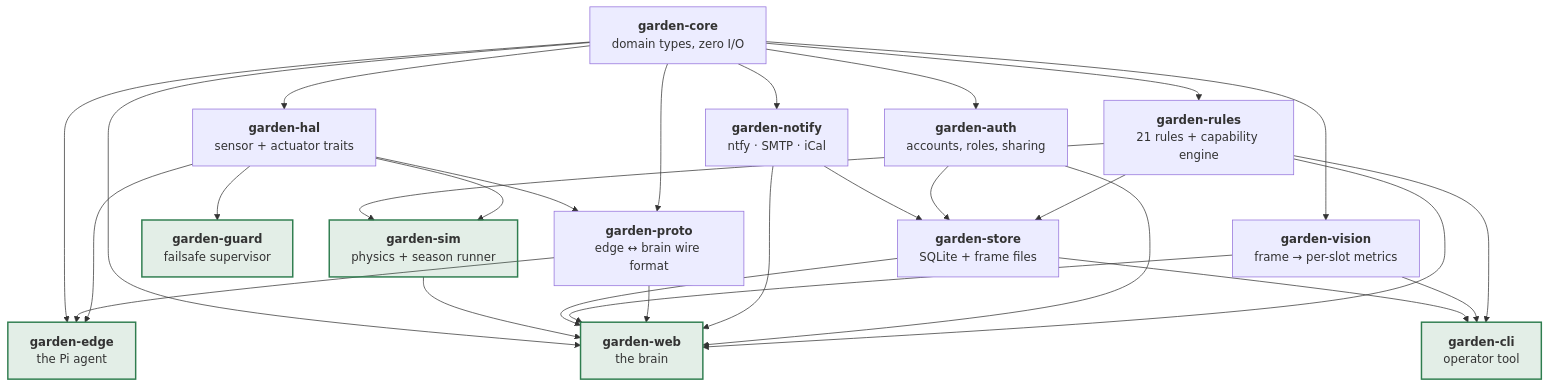
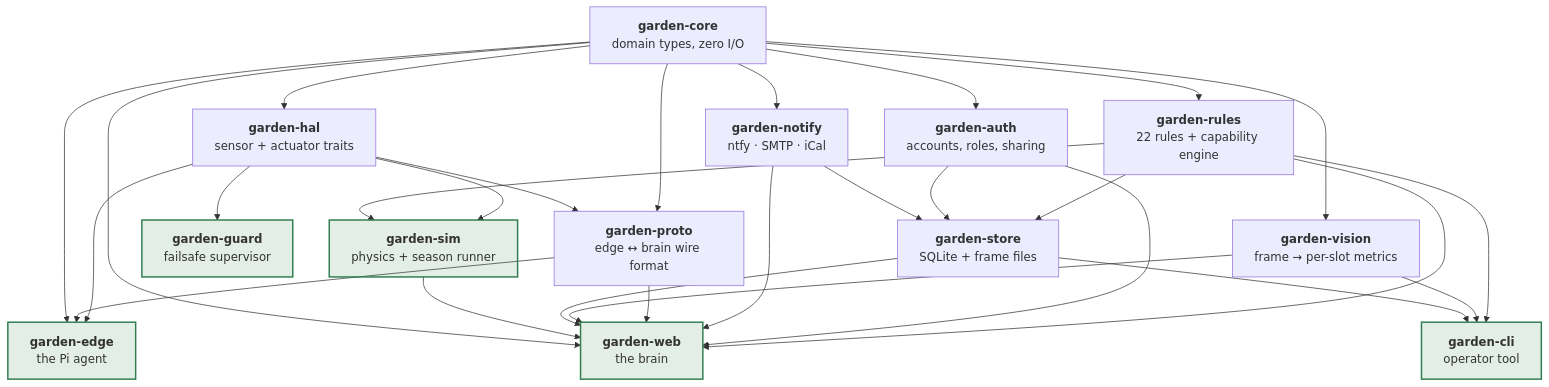
Before and after one commit to aero530/garden_monitor: the diagram in README.md, drawn with Mermaid. The commit also changed other lines of this file and 25 other files, not shown here.

````diff
--- a/README.md
+++ b/README.md
@@ -29,31 +29,31 @@
 ```mermaid
 flowchart TD
   core["<b>garden-core</b><br/>domain types, zero I/O"]
   hal["<b>garden-hal</b><br/>sensor + actuator traits"]
-  rules["<b>garden-rules</b><br/>21 rules + capability engine"]
+  rules["<b>garden-rules</b><br/>22 rules + capability engine"]
   auth["<b>garden-auth</b><br/>accounts, roles, sharing"]
   proto["<b>garden-proto</b><br/>edge ↔ brain wire format"]
   notify["<b>garden-notify</b><br/>ntfy · SMTP · iCal"]
   sim["<b>garden-sim</b><br/>physics + season runner"]
   store["<b>garden-store</b><br/>SQLite + frame files"]
   web["<b>garden-web</b><br/>the brain"]
   edge["<b>garden-edge</b><br/>the Pi agent"]
   guard["<b>garden-guard</b><br/>failsafe supervisor"]
 
   vision["<b>garden-vision</b><br/>frame → per-slot metrics"]
   cli["<b>garden-cli</b><br/>operator tool"]
 
   core --> hal & rules & auth & proto & notify & vision
   hal --> sim & edge & guard & proto
   rules --> sim & store & web & cli
   auth --> store & web
   notify --> store & web
   proto --> edge & web
   vision --> web & cli
   store --> web & cli
   sim --> web
   core --> web & edge
 
   classDef bin fill:#2f7d4f22,stroke:#2f7d4f,stroke-width:2px
   class web,edge,guard,sim,cli bin
 ```
````
